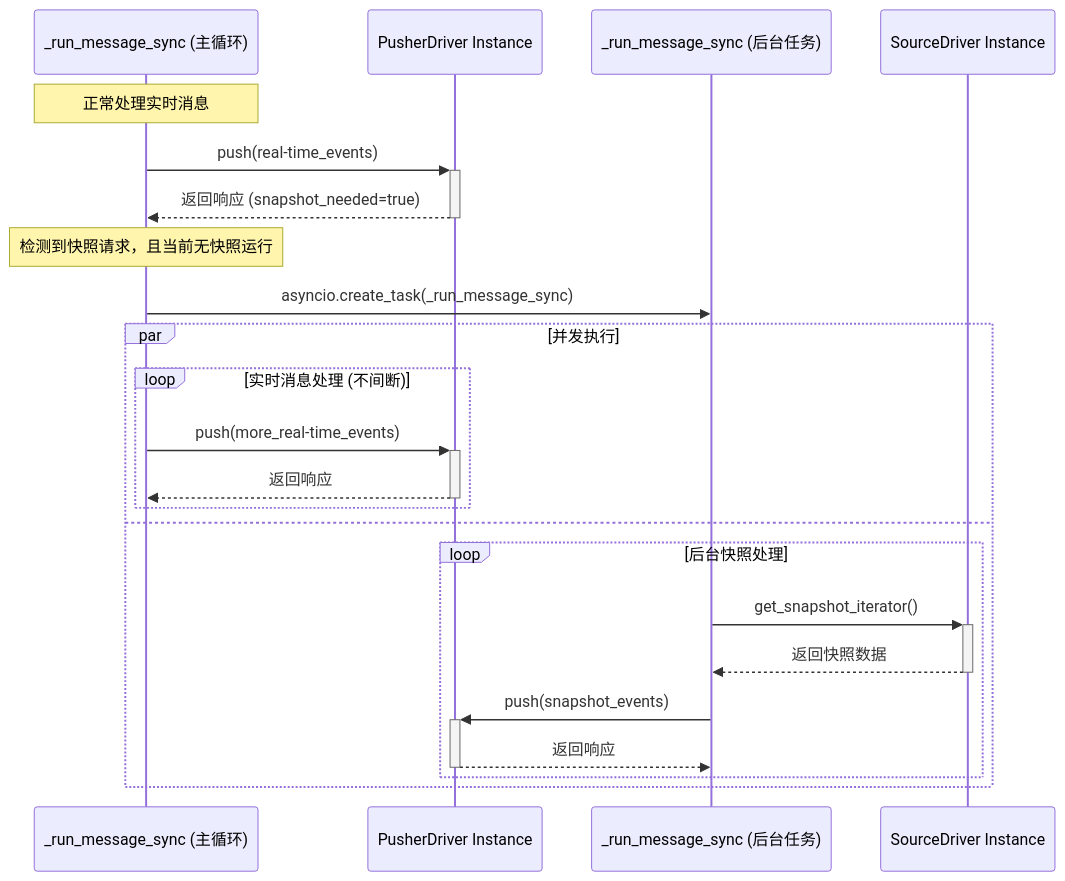
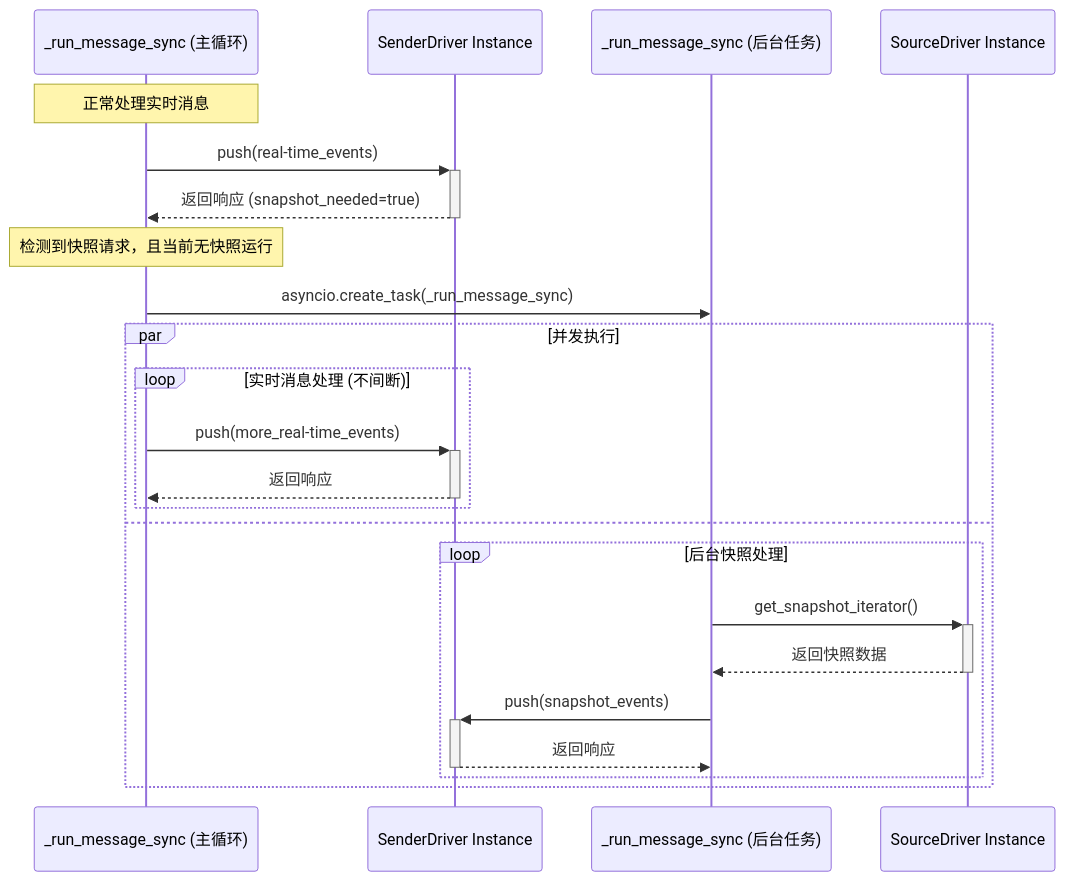
The second of 2 diagrams in agent/docs/architecture/concurrency.md (excelwang/fustor), drawn with Mermaid before and after one commit. The commit also changed other lines of this file and 11 other files, not shown here.

````diff
--- a/agent/docs/architecture/concurrency.md
+++ b/agent/docs/architecture/concurrency.md
@@ -53,28 +53,28 @@
 ```mermaid
 sequenceDiagram
     participant Main as _run_message_sync (主循环)
-    participant RDI as PusherDriver Instance
+    participant RDI as SenderDriver Instance
     participant BG as _run_message_sync (后台任务)
     participant SDI as SourceDriver Instance
 
     Note over Main: 正常处理实时消息
     Main->>+RDI: push(real-time_events)
     RDI-->>-Main: 返回响应 (snapshot_needed=true)
 
     Note over Main: 检测到快照请求，且当前无快照运行
     Main->>BG: asyncio.create_task(_run_message_sync)
 
     par 并发执行
         loop 实时消息处理 (不间断)
             Main->>+RDI: push(more_real-time_events)
             RDI-->>-Main: 返回响应
         end
     and
         loop 后台快照处理
             BG->>+SDI: get_snapshot_iterator()
             SDI-->>-BG: 返回快照数据
             BG->>+RDI: push(snapshot_events)
             RDI-->>-BG: 返回响应
         end
     end
 ```
````
